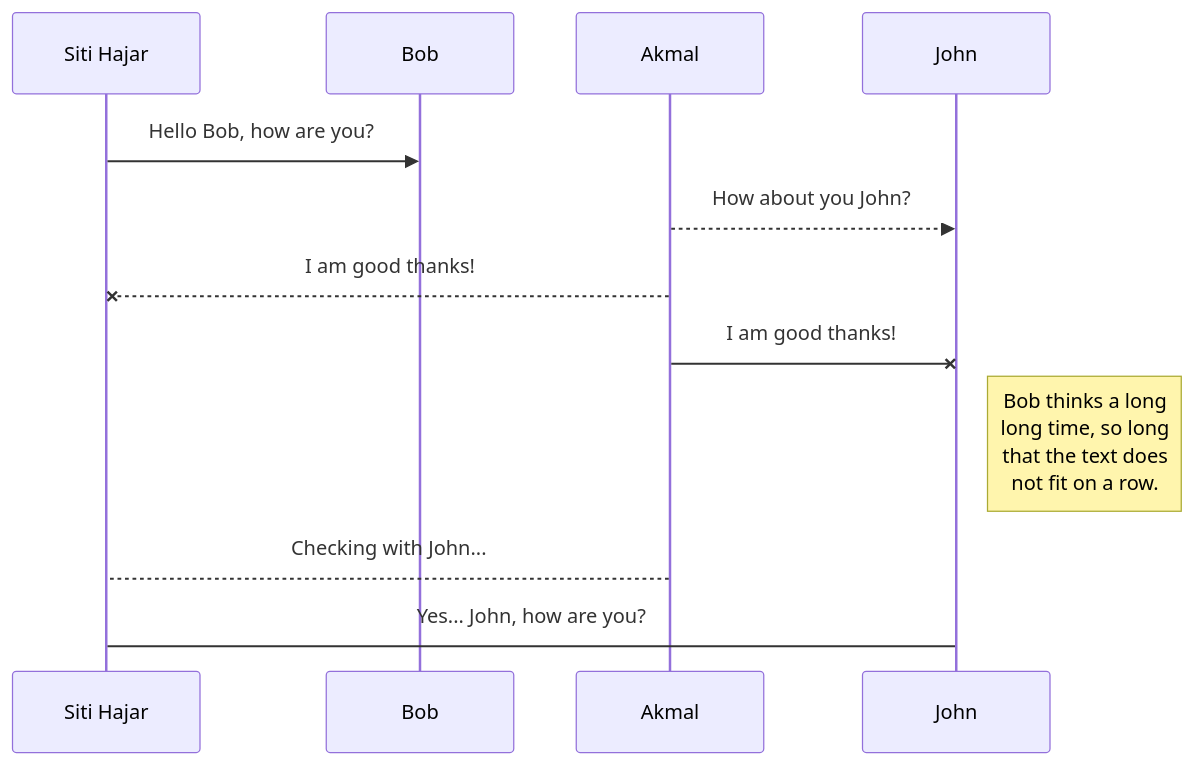
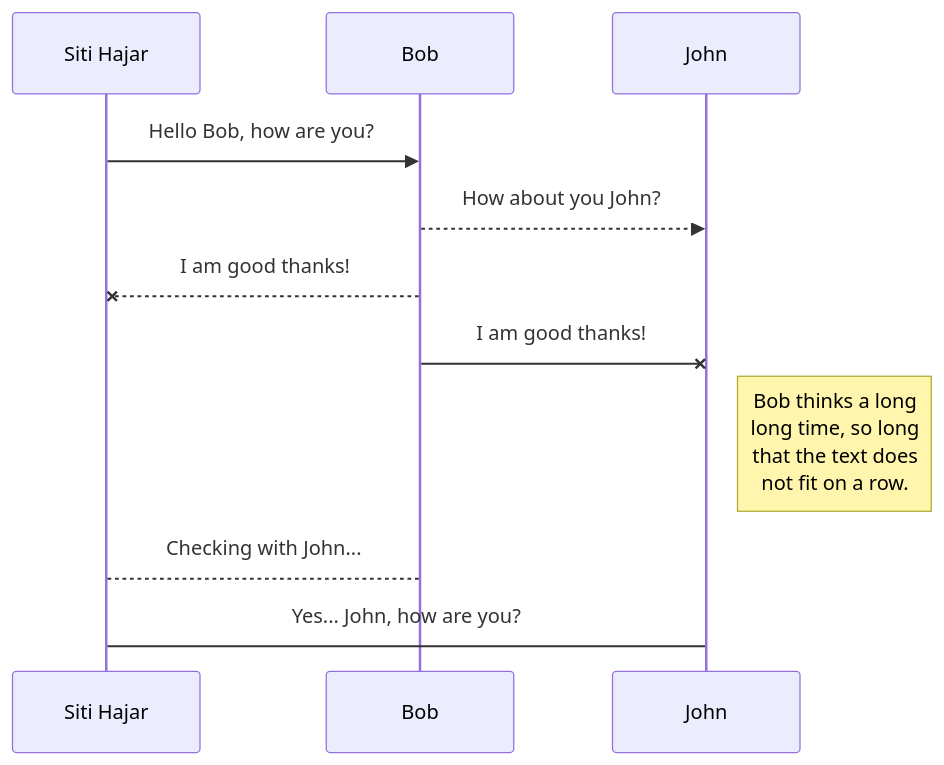
The first of 2 diagrams in exercise/hajar1204/exercise2/.md (drshahizan/learn-github), drawn with Mermaid before and after one commit.

Commit message:
Update .md

````diff
--- a/exercise/hajar1204/exercise2/.md
+++ b/exercise/hajar1204/exercise2/.md
@@ -5,11 +5,11 @@
 ```mermaid
 sequenceDiagram
 Siti Hajar ->> Bob: Hello Bob, how are you?
-Akmal-->>John: How about you John?
-Akmal--x Siti Hajar: I am good thanks!
-Akmal-x John: I am good thanks!
+Bob-->>John: How about you John?
+Bob--x Siti Hajar: I am good thanks!
+Bob-x John: I am good thanks!
 Note right of John: Bob thinks a long<br/>long time, so long<br/>that the text does<br/>not fit on a row.
 
-Akmal-->Siti Hajar: Checking with John...
+Bob-->Siti Hajar: Checking with John...
 Siti Hajar->John: Yes... John, how are you?
 ```
````
